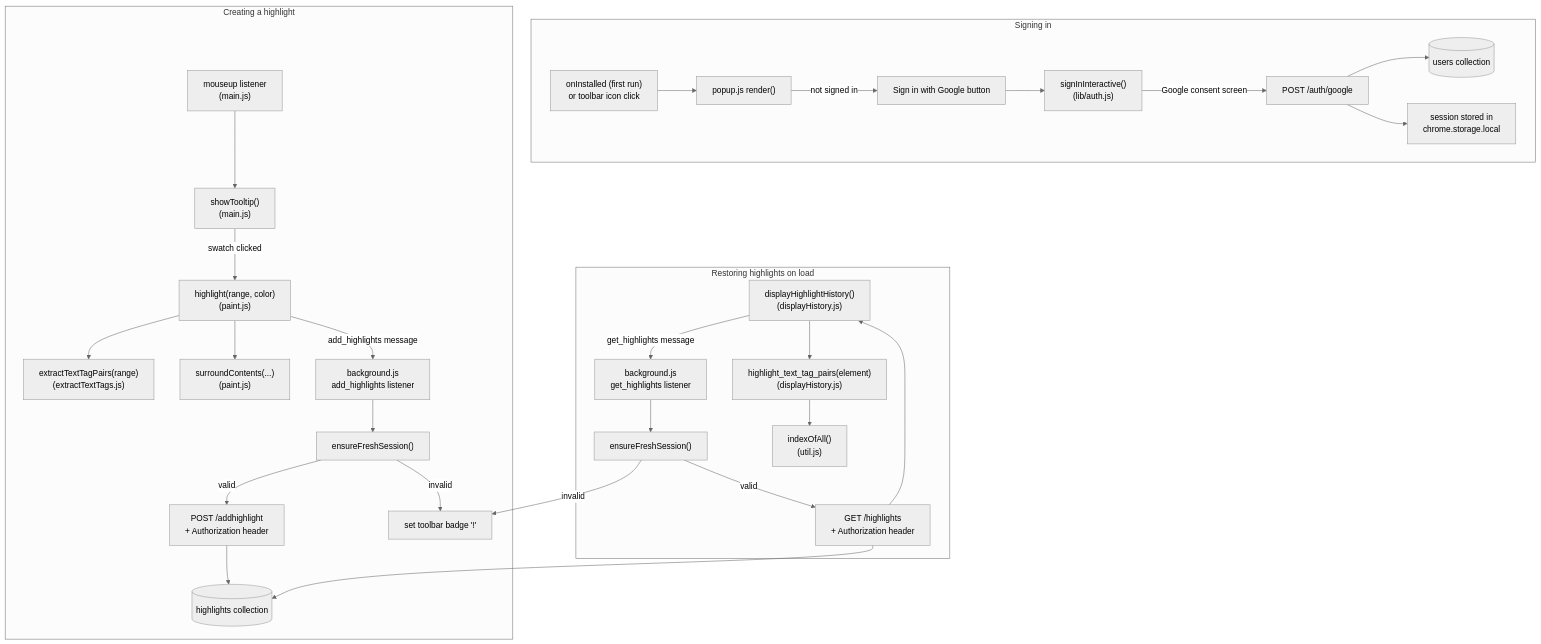
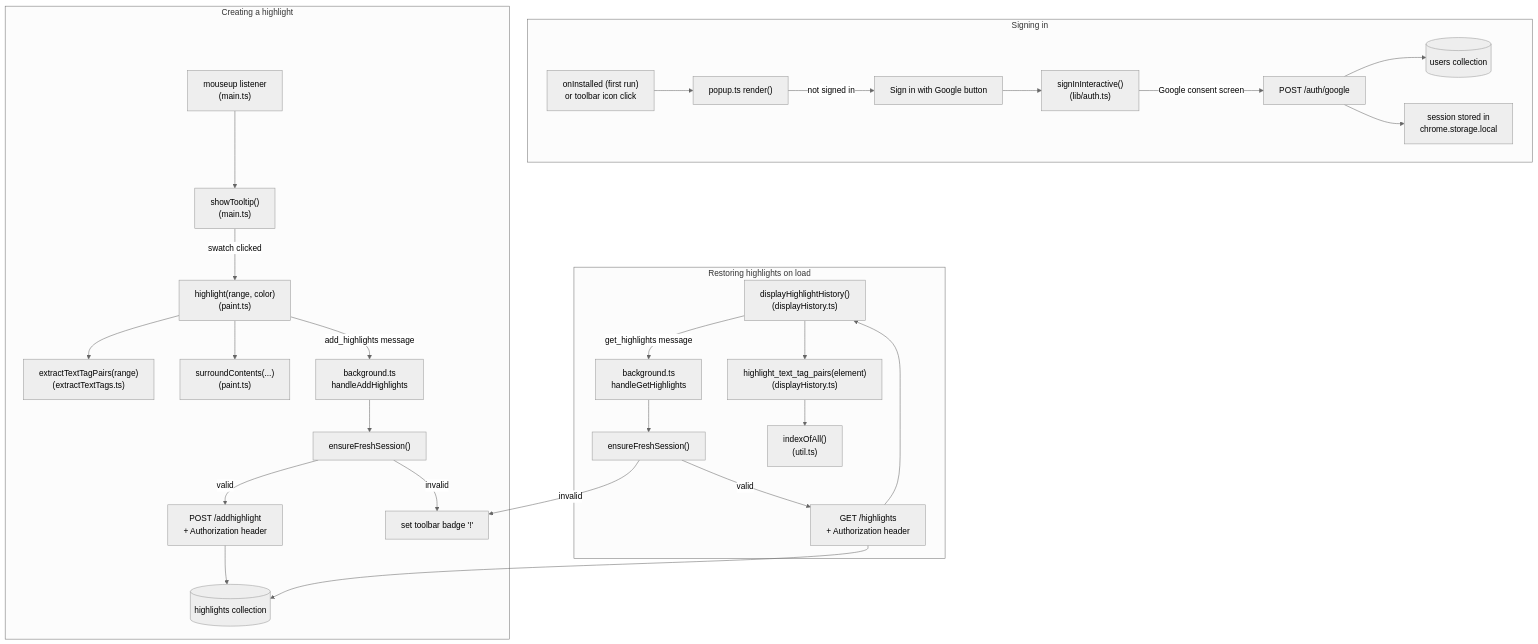
The diagram in Chrome Highlighter/FUNCTIONS.md (Peterlau7520/Highlighter), drawn with Mermaid (neutral theme) before and after one commit. The commit also changed other lines of this file and 26 other files, not shown here.

````diff
--- a/Chrome Highlighter/FUNCTIONS.md
+++ b/Chrome Highlighter/FUNCTIONS.md
@@ -54,34 +72,34 @@
 ```mermaid
 flowchart TD
     subgraph SignIn["Signing in"]
-        S0["onInstalled (first run)<br/>or toolbar icon click"] --> S1["popup.js render()"]
+        S0["onInstalled (first run)<br/>or toolbar icon click"] --> S1["popup.ts render()"]
         S1 -->|not signed in| S2["Sign in with Google button"]
-        S2 --> S3["signInInteractive()<br/>(lib/auth.js)"]
+        S2 --> S3["signInInteractive()<br/>(lib/auth.ts)"]
         S3 -->|Google consent screen| S4["POST /auth/google"]
         S4 --> S5[(users collection)]
         S4 --> S6["session stored in<br/>chrome.storage.local"]
     end
 
     subgraph Create["Creating a highlight"]
-        A["mouseup listener<br/>(main.js)"] --> B["showTooltip()<br/>(main.js)"]
-        B -->|swatch clicked| C["highlight(range, color)<br/>(paint.js)"]
-        C --> D["extractTextTagPairs(range)<br/>(extractTextTags.js)"]
-        C --> E["surroundContents(...)<br/>(paint.js)"]
-        C -->|"add_highlights" message| F["background.js<br/>add_highlights listener"]
+        A["mouseup listener<br/>(main.ts)"] --> B["showTooltip()<br/>(main.ts)"]
+        B -->|swatch clicked| C["highlight(range, color)<br/>(paint.ts)"]
+        C --> D["extractTextTagPairs(range)<br/>(extractTextTags.ts)"]
+        C --> E["surroundContents(...)<br/>(paint.ts)"]
+        C -->|"add_highlights" message| F["background.ts<br/>handleAddHighlights"]
         F --> AUTH1["ensureFreshSession()"]
         AUTH1 -->|valid| G2["POST /addhighlight<br/>+ Authorization header"]
         AUTH1 -->|invalid| BADGE["set toolbar badge '!'"]
         G2 --> G[(highlights collection)]
     end
 
     subgraph Restore["Restoring highlights on load"]
-        H["displayHighlightHistory()<br/>(displayHistory.js)"] -->|"get_highlights" message| I["background.js<br/>get_highlights listener"]
+        H["displayHighlightHistory()<br/>(displayHistory.ts)"] -->|"get_highlights" message| I["background.ts<br/>handleGetHighlights"]
         I --> AUTH2["ensureFreshSession()"]
         AUTH2 -->|valid| I2["GET /highlights<br/>+ Authorization header"]
         AUTH2 -->|invalid| BADGE
         I2 --> G
         I2 --> H
-        H --> J["highlight_text_tag_pairs(element)<br/>(displayHistory.js)"]
-        J --> K["indexOfAll()<br/>(util.js)"]
+        H --> J["highlight_text_tag_pairs(element)<br/>(displayHistory.ts)"]
+        J --> K["indexOfAll()<br/>(util.ts)"]
     end
 ```
````
